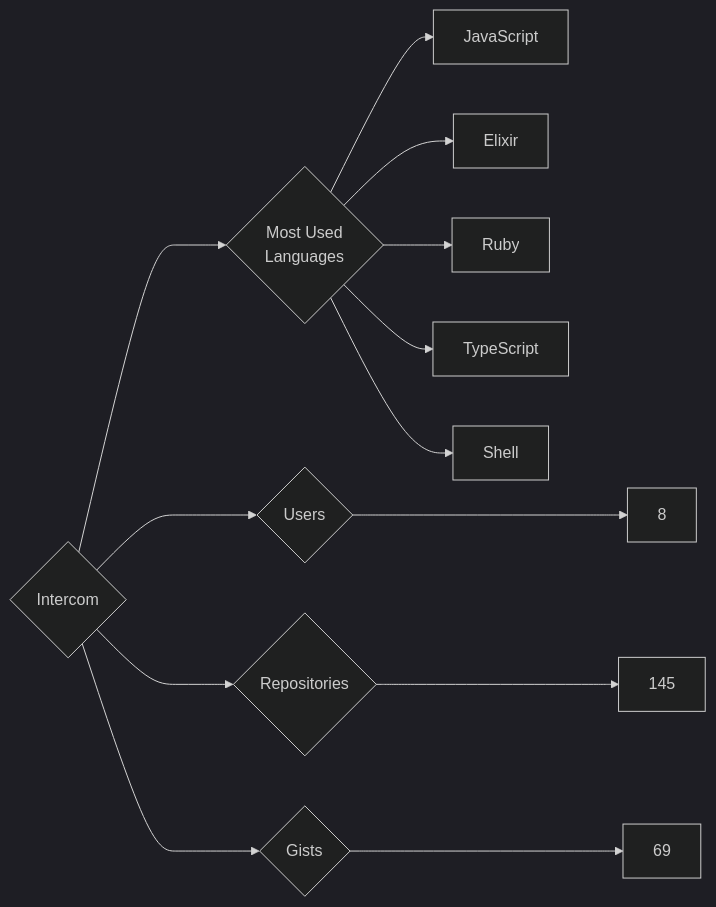
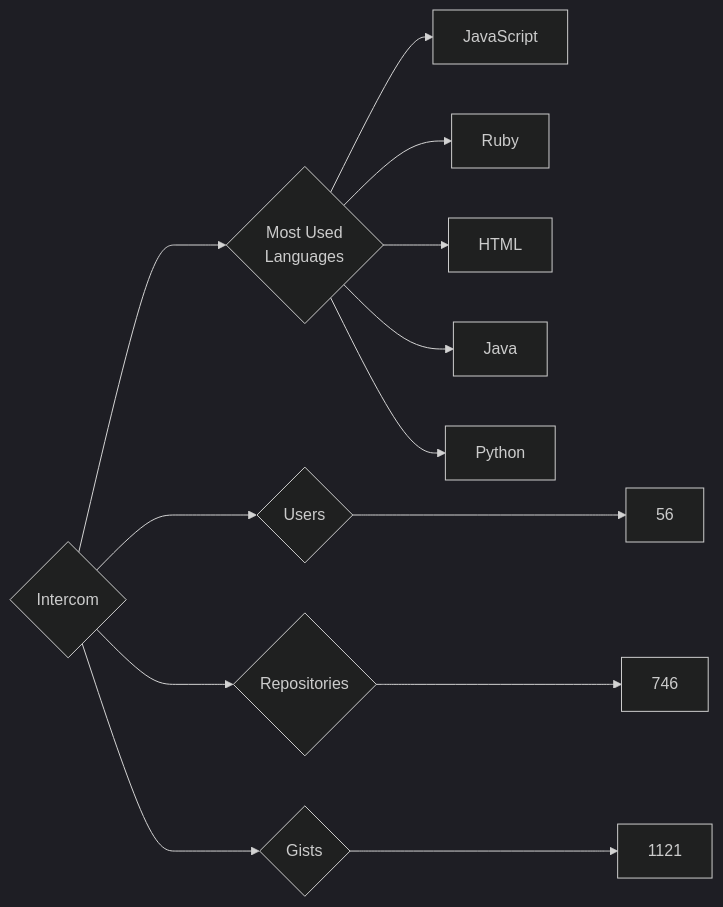
The diagram in targets/Intercom/README.md (trickest/insiders), drawn with Mermaid (dark theme) before and after one commit. The commit also changed 934 other files, not shown here.

````diff
--- a/targets/Intercom/README.md
+++ b/targets/Intercom/README.md
@@ -3,13 +3,13 @@
 ```mermaid
 graph LR
 COMPANY_NAME{Intercom}
-COMPANY_NAME ---> U{Users} ---> UN[8]
-COMPANY_NAME ---> R{Repositories} ---> RN[145]
-COMPANY_NAME ---> G{Gists} ---> GN[69]
+COMPANY_NAME ---> U{Users} ---> UN[56]
+COMPANY_NAME ---> R{Repositories} ---> RN[746]
+COMPANY_NAME ---> G{Gists} ---> GN[1121]
 COMPANY_NAME ---> ML{Most Used<br>Languages}
 ML --> JavaScript[JavaScript]
-ML --> Elixir[Elixir]
 ML --> Ruby[Ruby]
-ML --> TypeScript[TypeScript]
-ML --> Shell[Shell]
+ML --> HTML[HTML]
+ML --> Java[Java]
+ML --> Python[Python]
 ```
````
